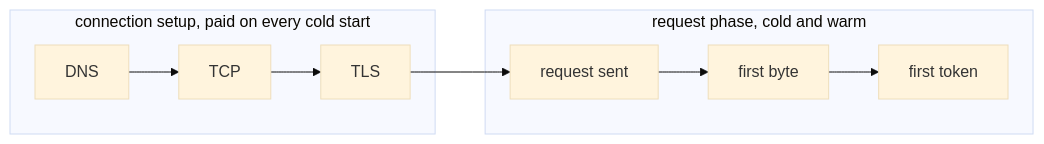
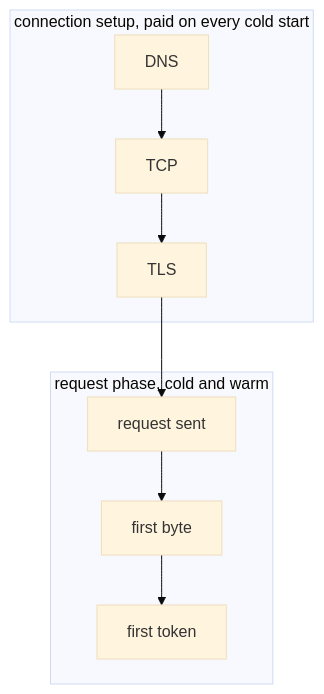
Before and after one commit to rbadillap/ai-gateways-benchmark: the diagram in README.md, drawn with Mermaid (base theme).

Commit message:
Render phase diagram vertically

````diff
--- a/README.md
+++ b/README.md
@@ -29,10 +29,10 @@
 ```mermaid
-flowchart LR
+flowchart TB
     subgraph setup [connection setup, paid on every cold start]
         DNS --> TCP --> TLS
     end
     subgraph request [request phase, cold and warm]
         SENT[request sent] --> TTFB[first byte] --> TTFT[first token]
     end
     TLS --> SENT
 ```
````
